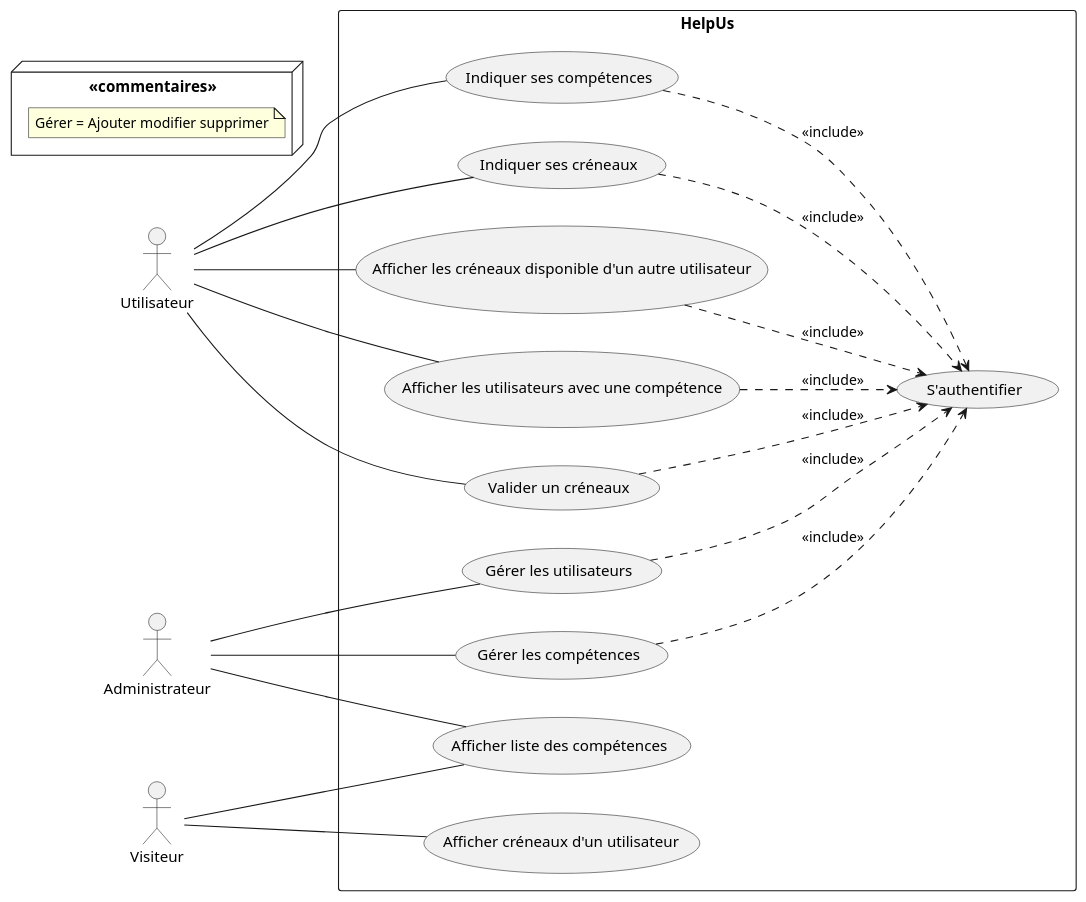
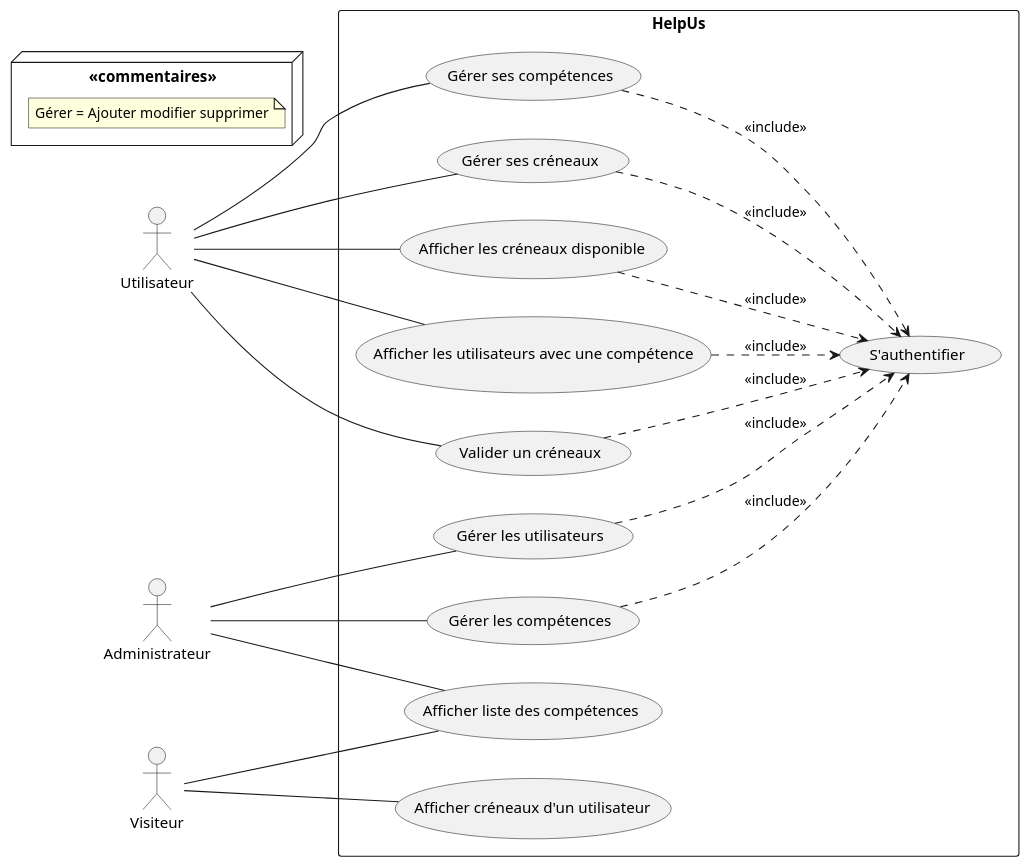
One commit to PinsolleP/HelpUs changed the diagram in Conception/UseCase_HelpUs.puml. Above: the diagram before and after it, drawn with PlantUML.

Commit message:
Maj du diagramme Usecase

```diff
--- a/Conception/UseCase_HelpUs.puml
+++ b/Conception/UseCase_HelpUs.puml
@@ -1,56 +1,56 @@
 @startuml
 left to right direction
 
 actor "Utilisateur" as U
 actor "Administrateur" as A
 actor "Visiteur" as V
 
 
 rectangle "HelpUs" {
     usecase "Gérer les compétences" as UC1
     usecase "Gérer les utilisateurs" as UC2
     usecase "S'authentifier" as UC3
-    usecase "Indiquer ses compétences" as UC4
-    usecase "Indiquer ses créneaux" as UC5
-    usecase "Afficher les créneaux disponible d'un autre utilisateur" as UC6
+    usecase "Gérer ses compétences" as UC4
+    usecase "Gérer ses créneaux" as UC5
+    usecase "Afficher les créneaux disponible" as UC6
     usecase "Afficher les utilisateurs avec une compétence" as UC10
     usecase "Valider un créneaux" as UC7
     usecase "Afficher créneaux d'un utilisateur" as UC8
     usecase "Afficher liste des compétences" as UC9
 
 
 }
 
 U -- UC4
 U -- UC5
 U -- UC6
 U -- UC7
 U -- UC10
 
 A -- UC1
 A -- UC2
 A -- UC9
 
 V -- UC8
 V -- UC9
 
 
 
 UC2 ..> UC3 : <<include>>
 UC1 ..> UC3 : <<include>>
 UC4 ..> UC3 : <<include>>
 UC5 ..> UC3 : <<include>>
 UC6 ..> UC3 : <<include>>
 UC7 ..> UC3 : <<include>>
 UC10 ..> UC3 : <<include>>
 
 
 skinparam componentStyle uml2
 left to right direction
 
 node "<<commentaires>>" {
 note "Gérer = Ajouter modifier supprimer" as n1
 }
 
 
 @enduml
```
